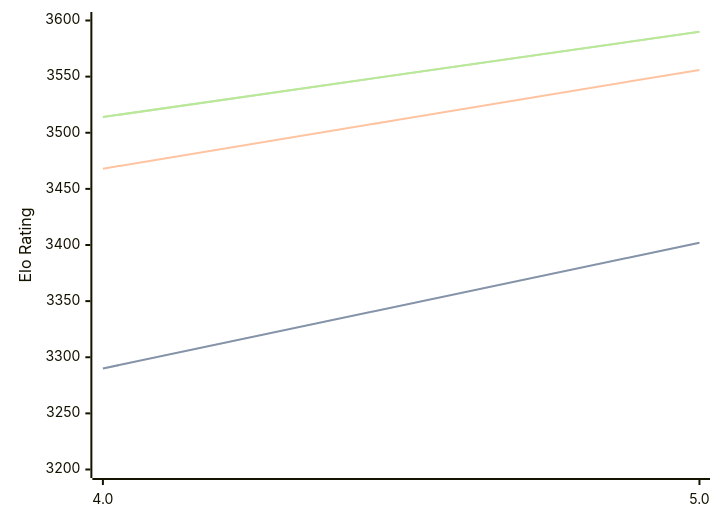
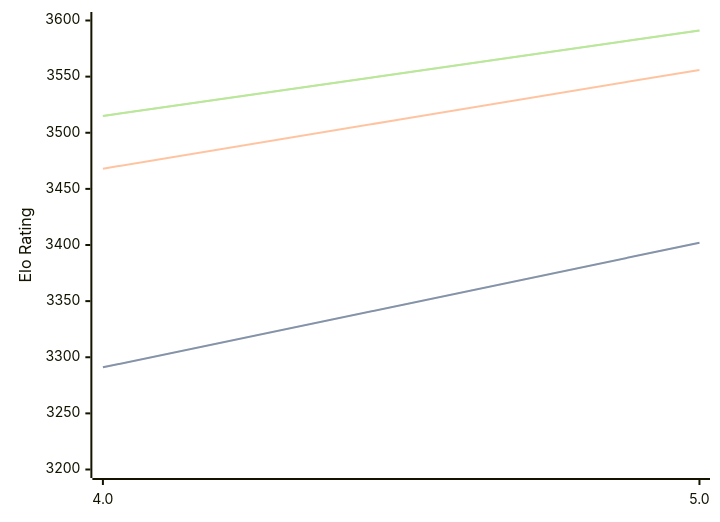
The diagram in engines/Tarnished.md (computer-chess-index/cci), drawn with Mermaid before and after one commit. The commit also changed other lines of this file, not shown here.

Commit message:
Update CCI Ratings (ELO VLTC) - 2026-02-17

````diff
--- a/engines/Tarnished.md
+++ b/engines/Tarnished.md
@@ -33,11 +33,11 @@
 ```mermaid
 %%{init: {"theme":"base","themeVariables":{"seriesColors:['#a3a3a3','#222221','#faa371']}}}%%
 xychart-beta
   x-axis ["4.0", "5.0"]
   y-axis "Elo Rating" 3200 --> 3600
-  line "STC (8.0+0.08s)" [3290, 3402]
-  line "STC (8.0+0.08s)" [3290, 3402]
+  line "STC (8.0+0.08s)" [3291, 3402]
+  line "STC (8.0+0.08s)" [3291, 3402]
   line "LTC (60.0+0.60s)" [3468, 3556]
-  line "VLTC (2m24s+1.12s)" [3514, 3590]
-  line "VLTC (2m24s+1.12s)" [3514, 3590]
+  line "VLTC (2m24s+1.12s)" [3515, 3591]
+  line "VLTC (2m24s+1.12s)" [3515, 3591]
 ```
````
